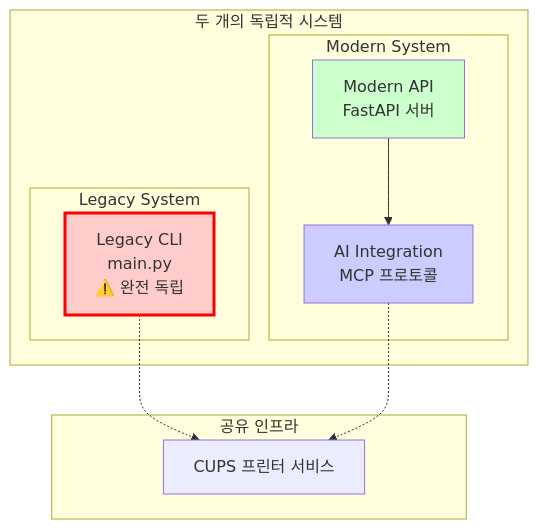
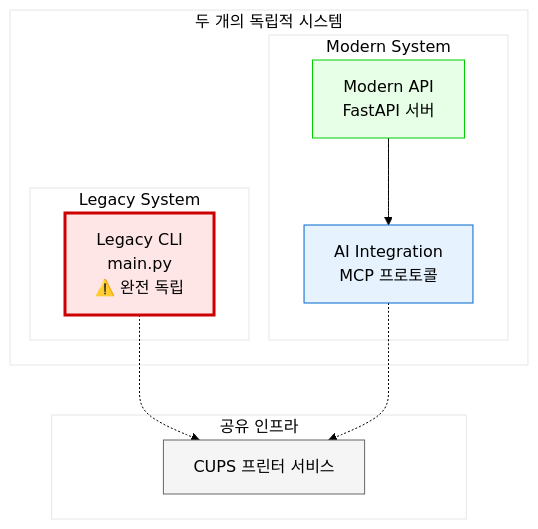
Before and after one commit to nicewook/receipt-printer: the third of 5 diagrams in docs/architecture-overview.md, drawn with Mermaid. The commit also changed other lines of this file, not shown here.

First line of the commit message:
Improve Mermaid diagram readability and visual design

````diff
--- a/docs/architecture-overview.md
+++ b/docs/architecture-overview.md
@@ -133,25 +177,35 @@
 ```mermaid
+%%{init: {
+  'theme': 'base',
+  'themeVariables': {
+    'primaryColor': '#ffffff',
+    'primaryTextColor': '#000000',
+    'primaryBorderColor': '#000000',
+    'lineColor': '#000000'
+  }
+}}%%
 graph TB
     subgraph "두 개의 독립적 시스템"
         subgraph "Legacy System"
             LEGACY[Legacy CLI<br/>main.py<br/>⚠️ 완전 독립]
         end
         
         subgraph "Modern System"
             MODERN[Modern API<br/>FastAPI 서버]
             AI[AI Integration<br/>MCP 프로토콜]
             MODERN --> AI
         end
     end
     
     subgraph "공유 인프라"
         CUPS_SHARED[CUPS 프린터 서비스]
     end
     
     LEGACY -.-> CUPS_SHARED
     AI -.-> CUPS_SHARED
     
-    style LEGACY fill:#ffcccc,stroke:#ff0000,stroke-width:3px
-    style MODERN fill:#ccffcc  
-    style AI fill:#ccccff
+    style LEGACY fill:#ffe6e6,stroke:#cc0000,stroke-width:3px,color:#000000
+    style MODERN fill:#e6ffe6,stroke:#00cc00,color:#000000
+    style AI fill:#e6f3ff,stroke:#0066cc,color:#000000
+    style CUPS_SHARED fill:#f5f5f5,stroke:#666666,color:#000000
 ```
````
